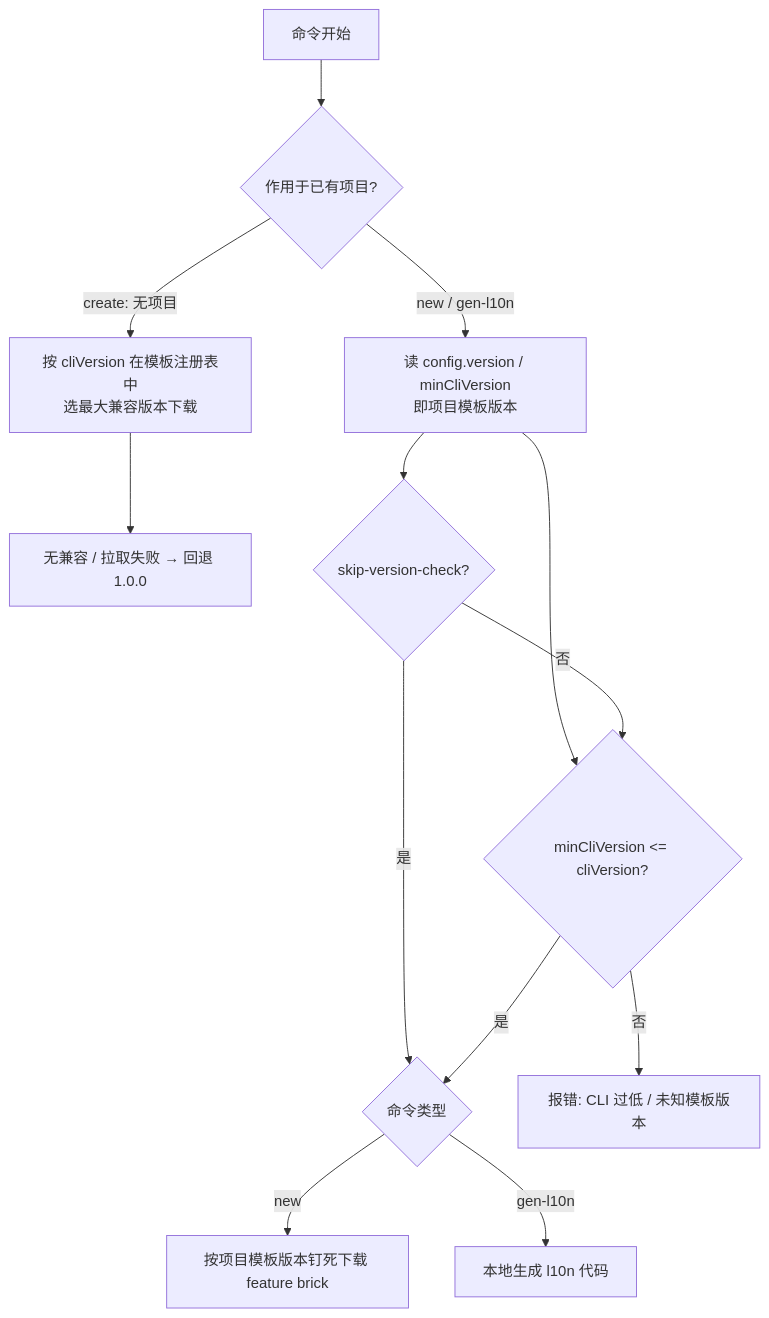
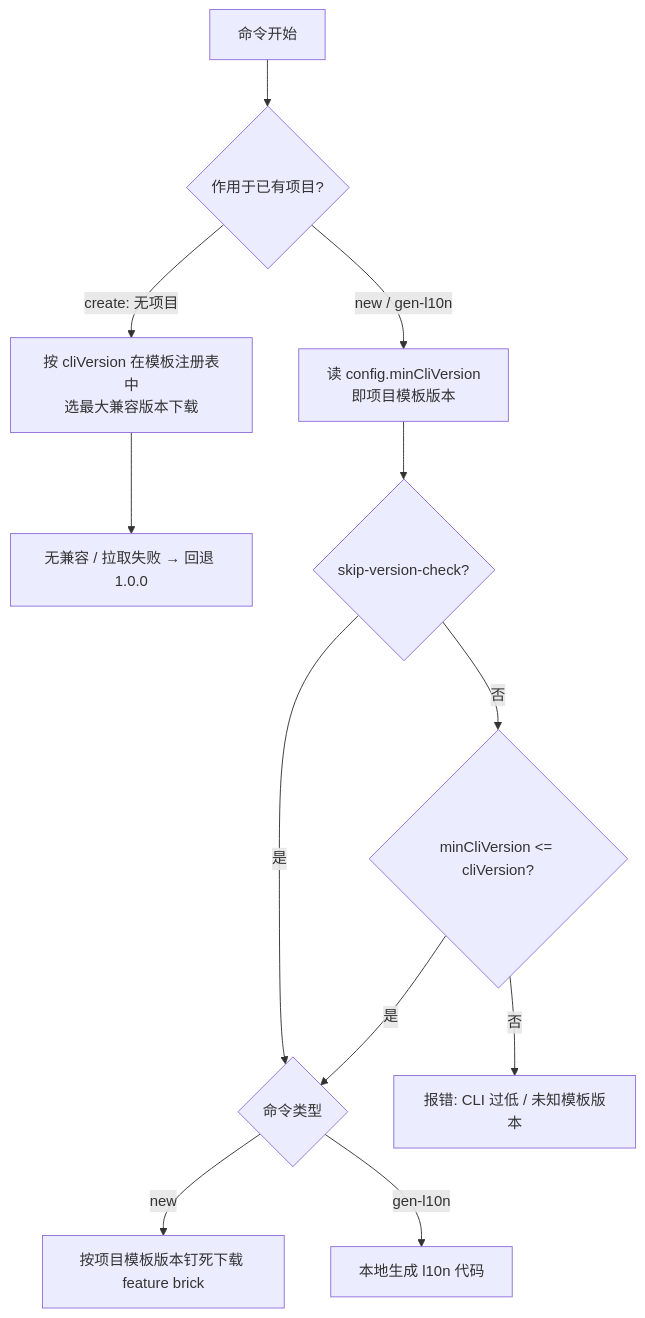
One commit to Dboy233/flutter_zero_doc changed the diagram in docs/zh/versioning-rules.md. Above: the diagram before and after it, drawn with Mermaid. The commit also changed other lines of this file and 25 other files, not shown here.

````diff
--- a/docs/zh/versioning-rules.md
+++ b/docs/zh/versioning-rules.md
@@ -99,16 +97,15 @@
 ```mermaid
 flowchart TD
     A[命令开始] --> B{作用于已有项目?}
     B -- create: 无项目 --> C[按 cliVersion 在模板注册表中<br/>选最大兼容版本下载]
     C --> C1[无兼容 / 拉取失败 → 回退 1.0.0]
-    B -- new / gen-l10n --> D[读 config.version / minCliVersion<br/>即项目模板版本]
+    B -- new / gen-l10n --> D[读 config.minCliVersion<br/>即项目模板版本]
     D --> E{skip-version-check?}
     E -- 是 --> G
-    D --> F{minCliVersion <= cliVersion?}
+    E -- 否 --> F{minCliVersion <= cliVersion?}
     F -- 否 --> X[报错: CLI 过低 / 未知模板版本]
     F -- 是 --> G
-    E -- 否 --> F
     G{命令类型}
     G -- new --> H[按项目模板版本钉死下载 feature brick]
     G -- gen-l10n --> I[本地生成 l10n 代码]
 ```
````
